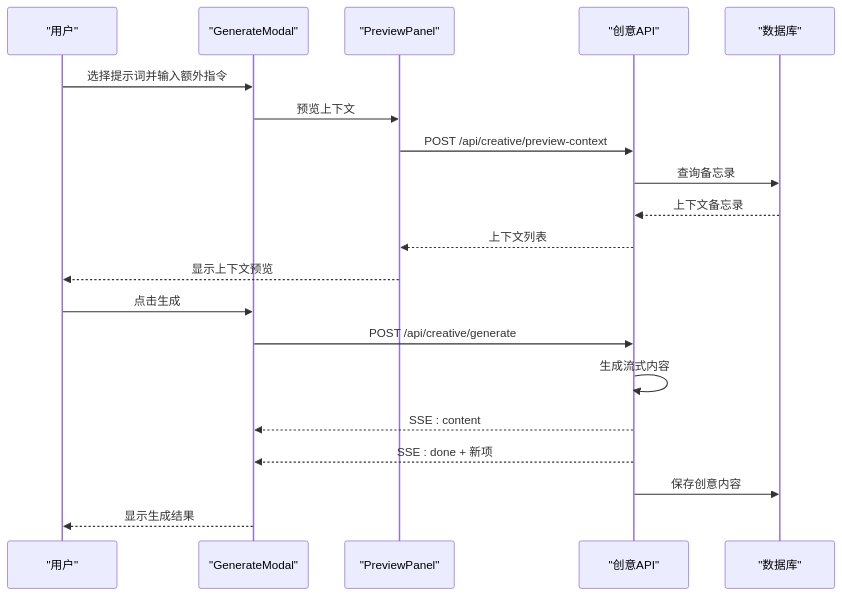
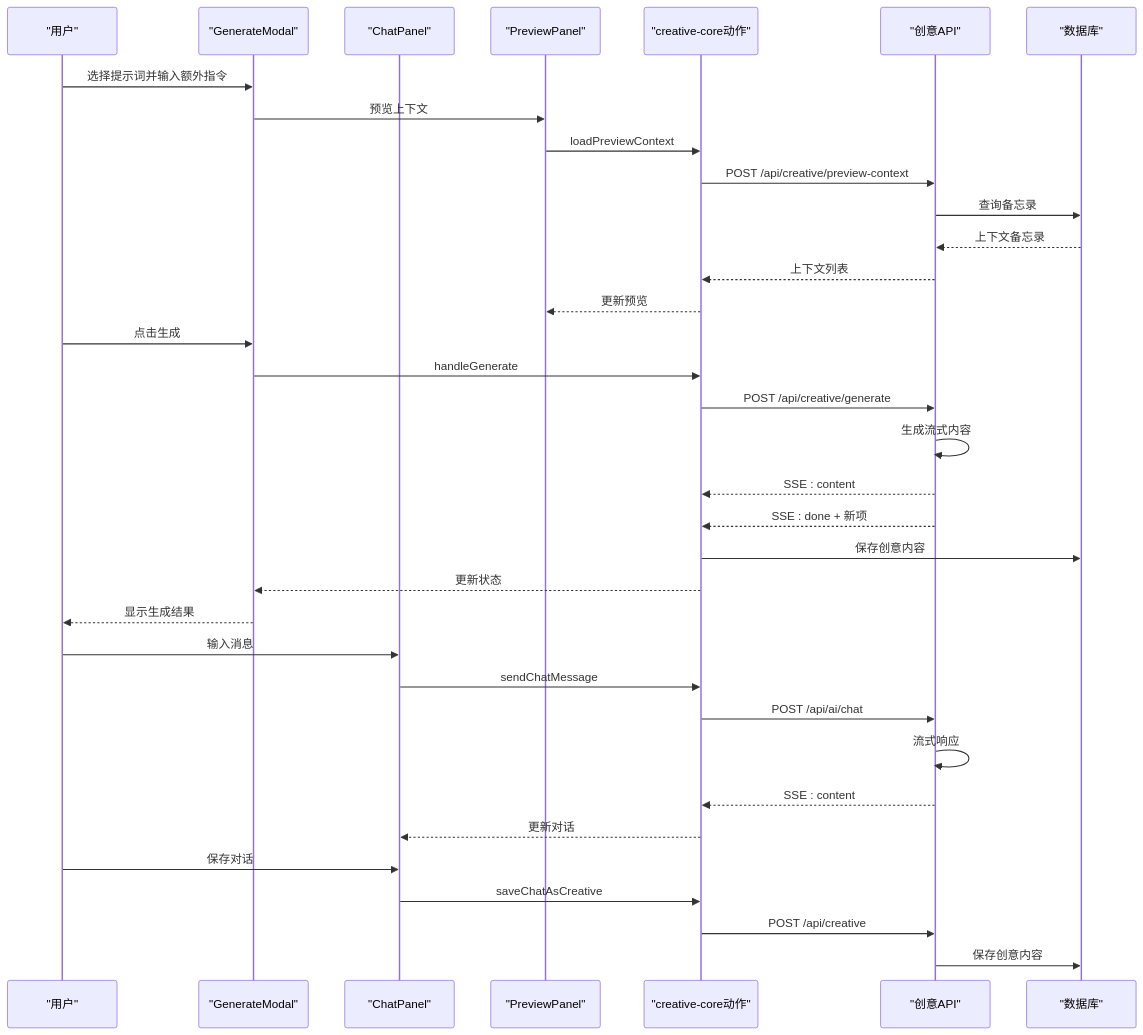
One commit to BlackBoxRecorder/memos changed the fifth of 6 diagrams in .qoder/repowiki/zh/content/核心功能/管理后台系统.md. Above: the diagram before and after it, drawn with Mermaid. The commit also changed other lines of this file and 10 other files, not shown here.

````diff
--- a/.qoder/repowiki/zh/content/核心功能/管理后台系统.md
+++ b/.qoder/repowiki/zh/content/核心功能/管理后台系统.md
@@ -298,22 +320,37 @@
 ```mermaid
 sequenceDiagram
 participant User as "用户"
 participant Modal as "GenerateModal"
+participant Chat as "ChatPanel"
 participant Preview as "PreviewPanel"
+participant Actions as "creative-core动作"
 participant API as "创意API"
 participant DB as "数据库"
 User->>Modal : 选择提示词并输入额外指令
 Modal->>Preview : 预览上下文
-Preview->>API : POST /api/creative/preview-context
+Preview->>Actions : loadPreviewContext
+Actions->>API : POST /api/creative/preview-context
 API->>DB : 查询备忘录
 DB-->>API : 上下文备忘录
-API-->>Preview : 上下文列表
-Preview-->>User : 显示上下文预览
+API-->>Actions : 上下文列表
+Actions-->>Preview : 更新预览
 User->>Modal : 点击生成
-Modal->>API : POST /api/creative/generate
+Modal->>Actions : handleGenerate
+Actions->>API : POST /api/creative/generate
 API->>API : 生成流式内容
-API-->>Modal : SSE : content
-API-->>Modal : SSE : done + 新项
+API-->>Actions : SSE : content
+API-->>Actions : SSE : done + 新项
+Actions->>DB : 保存创意内容
+Actions-->>Modal : 更新状态
+Modal-->>User : 显示生成结果
+User->>Chat : 输入消息
+Chat->>Actions : sendChatMessage
+Actions->>API : POST /api/ai/chat
+API->>API : 流式响应
+API-->>Actions : SSE : content
+Actions-->>Chat : 更新对话
+User->>Chat : 保存对话
+Chat->>Actions : saveChatAsCreative
+Actions->>API : POST /api/creative
 API->>DB : 保存创意内容
-Modal-->>User : 显示生成结果
 ```
````
